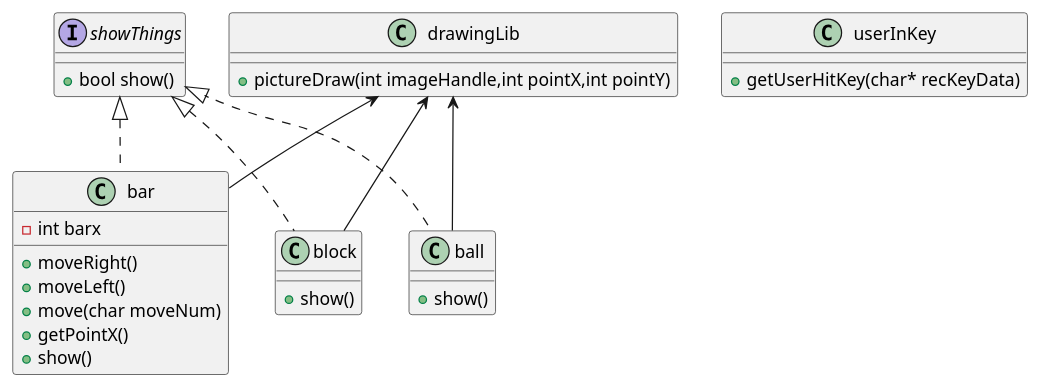
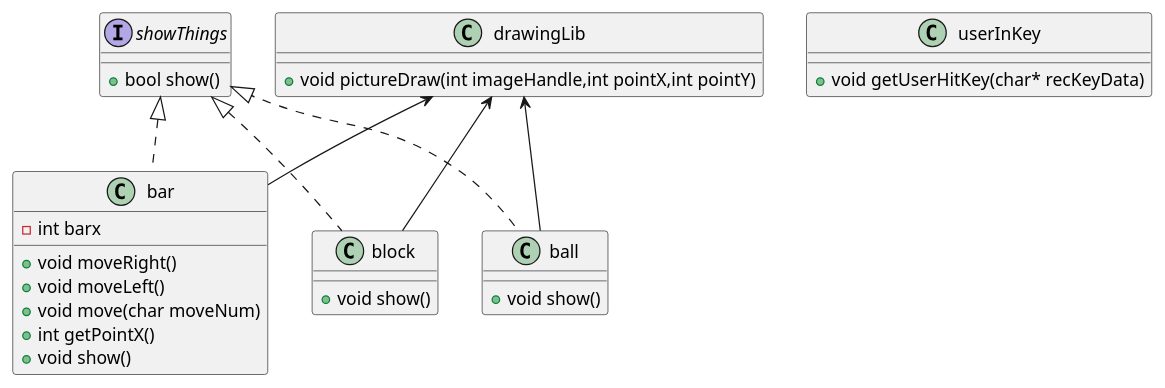
Before and after one commit to terapotan/Aimforcomplete: the diagram in Aimforconplete-TDD/TodoList.md, drawn with PlantUML. The commit also changed other lines of this file and 4 other files, not shown here.

```diff
--- a/Aimforconplete-TDD/TodoList.md
+++ b/Aimforconplete-TDD/TodoList.md
@@ -60,36 +60,36 @@
 ~~~plantuml
 @startuml
 interface showThings{
     + bool show()
 }
 class bar{
     - int barx
-    + moveRight()
-    + moveLeft()
-    + move(char moveNum)
-    + getPointX()
-    + show()
+    + void moveRight()
+    + void moveLeft()
+    + void move(char moveNum)
+    + int getPointX()
+    + void show()
 }
 class block{
-    + show()
+    + void show()
 }
 class ball{
-    + show()
+    + void show()
 }
 class drawingLib{
-    + pictureDraw(int imageHandle,int pointX,int pointY)
+    + void pictureDraw(int imageHandle,int pointX,int pointY)
 }
 
 class userInKey{
-    + getUserHitKey(char* recKeyData)
+    + void getUserHitKey(char* recKeyData)
 }
 
 showThings <|.. bar
 showThings <|.. block
 showThings <|.. ball
 drawingLib <-down- bar
 drawingLib <-down- block
 drawingLib <-down- ball
 
 @enduml
 ~~~
```
